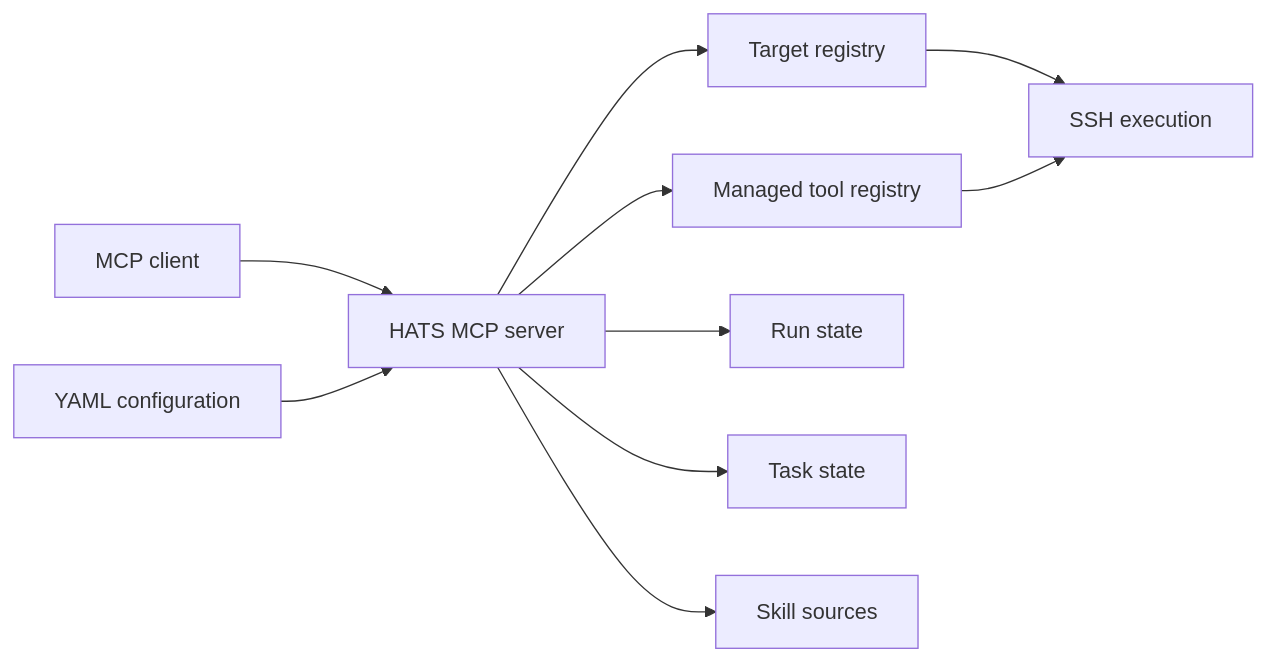
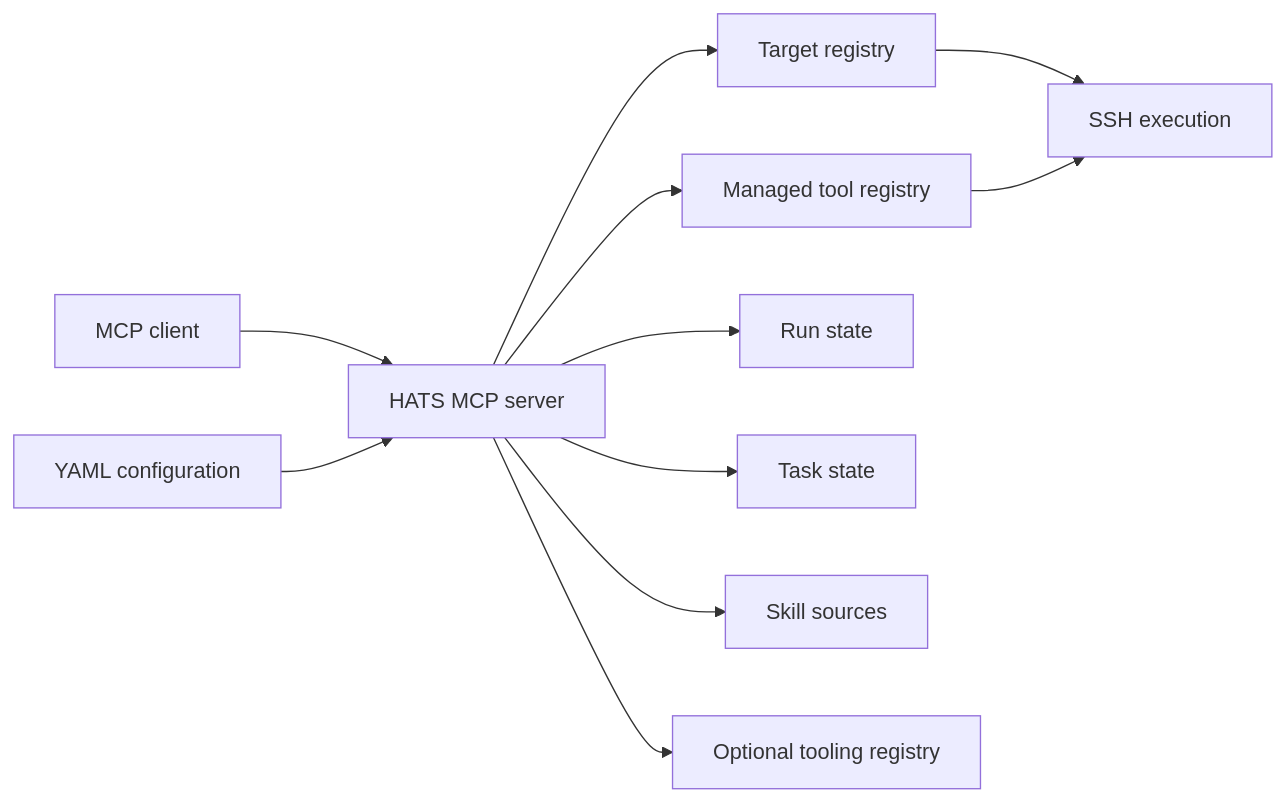
Before and after one commit to X1pheR/hypershell-reach: the first of 4 diagrams in docs/architecture.md, drawn with Mermaid. The commit also changed other lines of this file and 13 other files, not shown here.

Commit message:
Add tooling candidate registry view

````diff
--- a/docs/architecture.md
+++ b/docs/architecture.md
@@ -7,12 +7,13 @@
 ```mermaid
 flowchart LR
     Client[MCP client] --> Server[HATS MCP server]
     Config[YAML configuration] --> Server
     Server --> Targets[Target registry]
     Server --> Tools[Managed tool registry]
     Targets --> SSH[SSH execution]
     Tools --> SSH
     Server --> Runs[Run state]
     Server --> Tasks[Task state]
     Server --> Skills[Skill sources]
+    Server --> Registry[Optional tooling registry]
 ```
````
